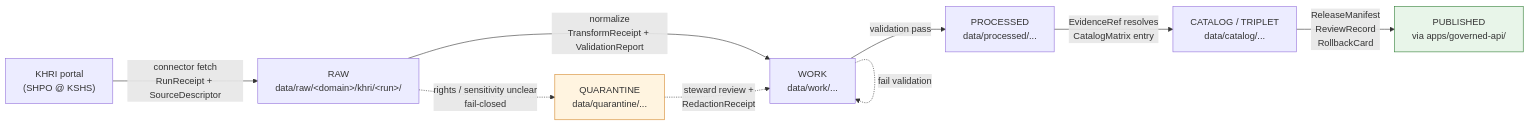
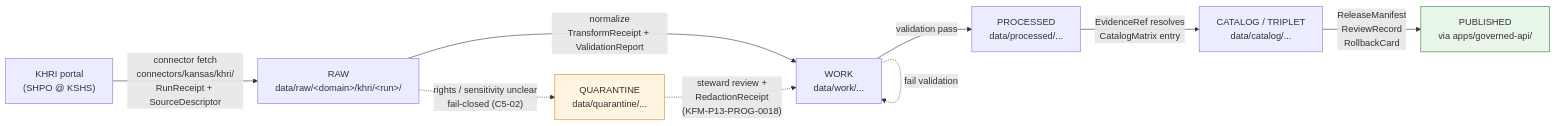
The first of 2 diagrams in docs/sources/catalog/kansas/khri.md (bartytime4life/Kansas-Frontier-Matrix), drawn with Mermaid before and after one commit. The commit also changed other lines of this file, not shown here.

````diff
--- a/docs/sources/catalog/kansas/khri.md
+++ b/docs/sources/catalog/kansas/khri.md
@@ -249,24 +347,25 @@
 ```mermaid
 flowchart LR
     KHRI["KHRI portal<br/>(SHPO @ KSHS)"]
     R["RAW<br/>data/raw/&lt;domain&gt;/khri/&lt;run&gt;/"]
     W["WORK<br/>data/work/..."]
     Q["QUARANTINE<br/>data/quarantine/..."]
     P["PROCESSED<br/>data/processed/..."]
     C["CATALOG / TRIPLET<br/>data/catalog/..."]
     PUB["PUBLISHED<br/>via apps/governed-api/"]
 
-    KHRI -- "connector fetch<br/>RunReceipt + SourceDescriptor" --> R
+    KHRI -- "connector fetch<br/>connectors/kansas/khri/<br/>RunReceipt + SourceDescriptor" --> R
     R -- "normalize<br/>TransformReceipt + ValidationReport" --> W
-    R -. "rights / sensitivity unclear<br/>fail-closed" .-> Q
+    R -. "rights / sensitivity unclear<br/>fail-closed (C5-02)" .-> Q
     W -- "validation pass" --> P
     W -. "fail validation" .-> W
     P -- "EvidenceRef resolves<br/>CatalogMatrix entry" --> C
     C -- "ReleaseManifest<br/>ReviewRecord<br/>RollbackCard" --> PUB
-    Q -. "steward review +<br/>RedactionReceipt" .-> W
+    Q -. "steward review +<br/>RedactionReceipt<br/>(KFM-P13-PROG-0018)" .-> W
 
+    classDef confirmed fill:#d5e8d4,stroke:#82b366;
     classDef quarantine fill:#fff4e0,stroke:#d4882b;
     classDef public fill:#e8f5e9,stroke:#2e7d32;
     class Q quarantine;
     class PUB public;
 ```
````
